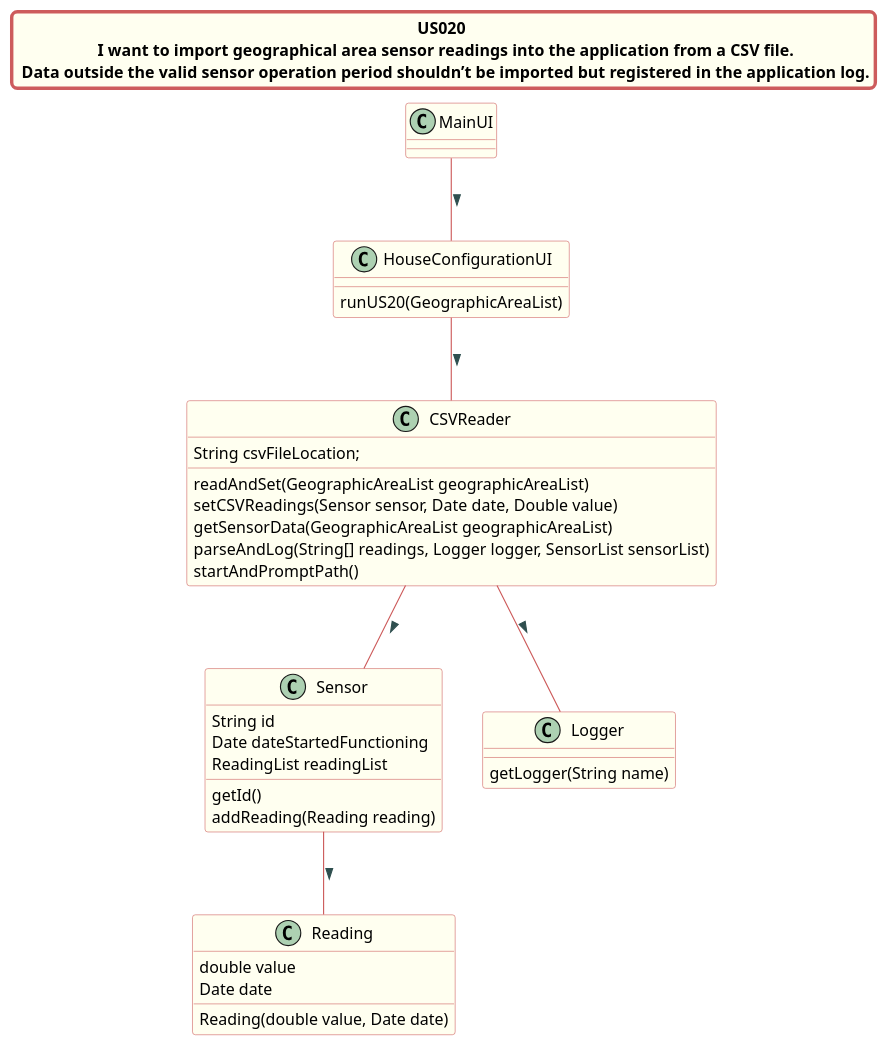
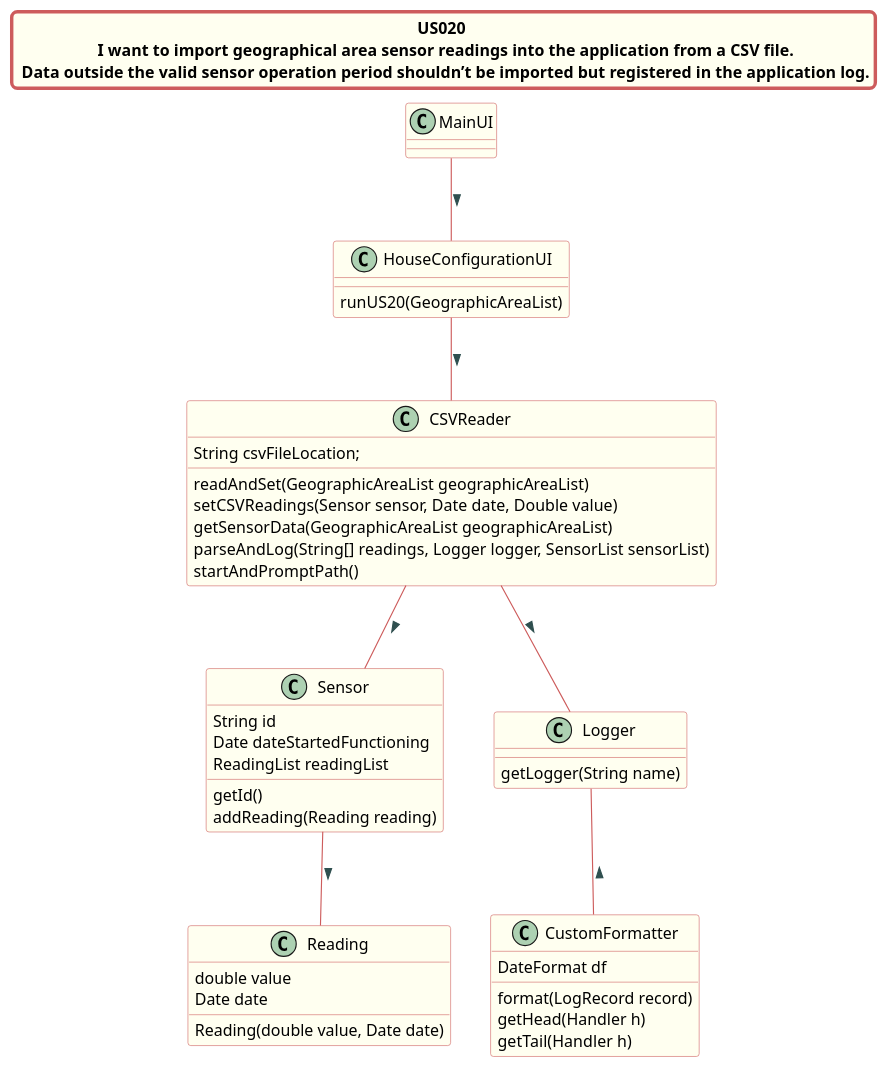
One commit to Almadanmp/project changed the diagram in src/doc/Controllers/HouseConfiguration/US20/US20_cd_HouseConfiguration.puml. Above: the diagram before and after it, drawn with PlantUML.

Commit message:
Ref #160 Updates Class UML

```diff
--- a/src/doc/Controllers/HouseConfiguration/US20/US20_cd_HouseConfiguration.puml
+++ b/src/doc/Controllers/HouseConfiguration/US20/US20_cd_HouseConfiguration.puml
@@ -1,63 +1,73 @@
 @startuml
 title US020 \n  I want to import geographical area sensor readings into the application from a CSV file. \n Data outside the valid sensor operation period shouldn’t be imported but registered in the application log.
 
 skinparam titleBorderRoundCorner 10
 skinparam titleBorderThickness 3
 skinparam titleBorderColor indianred
 skinparam titleBackgroundColor ivory
 skinparam FontName quicksand
 
 skinparam class {
  	BorderColor indianred
  	BackgroundColor indianred
  	BackgroundColor ivory
     roundcorner 10
     ArrowFontName Verdana
     ArrowColor indianred
     ArrowFontColor darkslategrey
  }
 
 
 MainUI -- HouseConfigurationUI : >
 
 HouseConfigurationUI -- CSVReader : >
 CSVReader -- Sensor : >
 CSVReader -- Logger : >
 Sensor -- Reading : >
+Logger -- CustomFormatter : <
 
 class HouseConfigurationUI{
 
 runUS20(GeographicAreaList)
 }
 
 class CSVReader{
 String csvFileLocation;
 
 readAndSet(GeographicAreaList geographicAreaList)
 setCSVReadings(Sensor sensor, Date date, Double value)
 getSensorData(GeographicAreaList geographicAreaList)
 parseAndLog(String[] readings, Logger logger, SensorList sensorList)
 startAndPromptPath()
 }
 
 
 
 class Sensor{
 String id
 Date dateStartedFunctioning
 ReadingList readingList
 
 getId()
 addReading(Reading reading)
 }
 
 class Reading{
 double value
 Date date
 
 Reading(double value, Date date)
 }
 class Logger{
 getLogger(String name)
 }
+
+class CustomFormatter{
+DateFormat df
+
+format(LogRecord record)
+getHead(Handler h)
+getTail(Handler h)
+}
+
 @enduml
```
